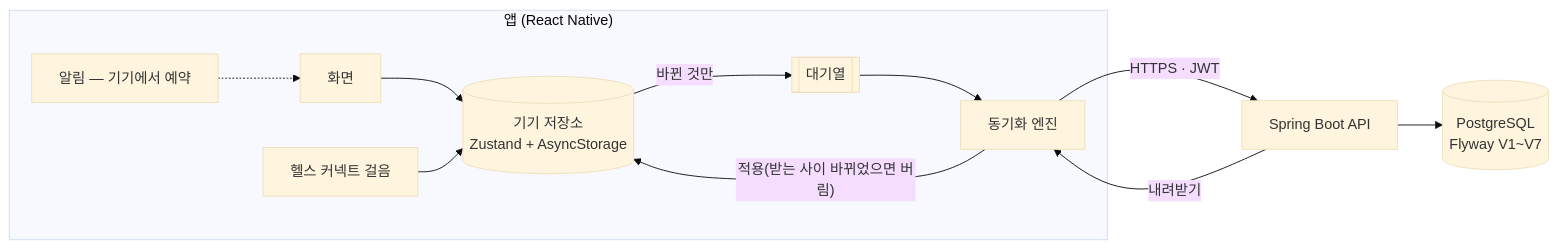
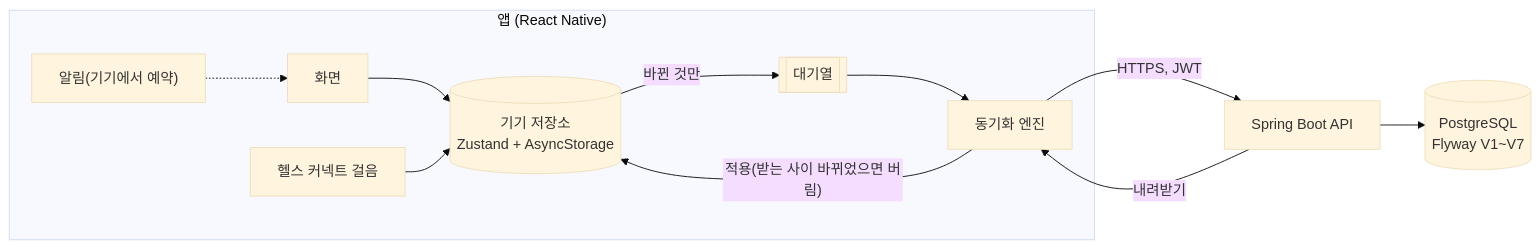
Before and after one commit to JangEunyeong01/Fitto: the diagram in README.md, drawn with Mermaid (base theme). The commit also changed other lines of this file, not shown here.

````diff
--- a/README.md
+++ b/README.md
@@ -35,14 +35,14 @@
 ```mermaid
 flowchart LR
   subgraph App["앱 (React Native)"]
     UI[화면] --> Store[(기기 저장소<br/>Zustand + AsyncStorage)]
     Store -- 바뀐 것만 --> Outbox[[대기열]]
     Outbox --> Sync[동기화 엔진]
     HC[헬스 커넥트 걸음] --> Store
-    Notif[알림 — 기기에서 예약] -.-> UI
+    Notif["알림(기기에서 예약)"] -.-> UI
   end
-  Sync -- HTTPS · JWT --> API[Spring Boot API]
+  Sync -- HTTPS, JWT --> API[Spring Boot API]
   API --> DB[(PostgreSQL<br/>Flyway V1~V7)]
   API -- 내려받기 --> Sync
-  Sync -- 적용(받는 사이 바뀌었으면 버림) --> Store
+  Sync -->|"적용(받는 사이 바뀌었으면 버림)"| Store
 ```
````
